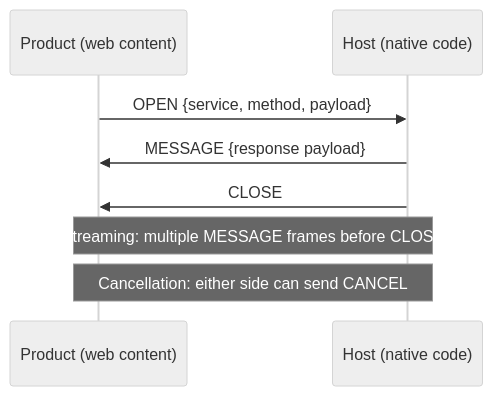
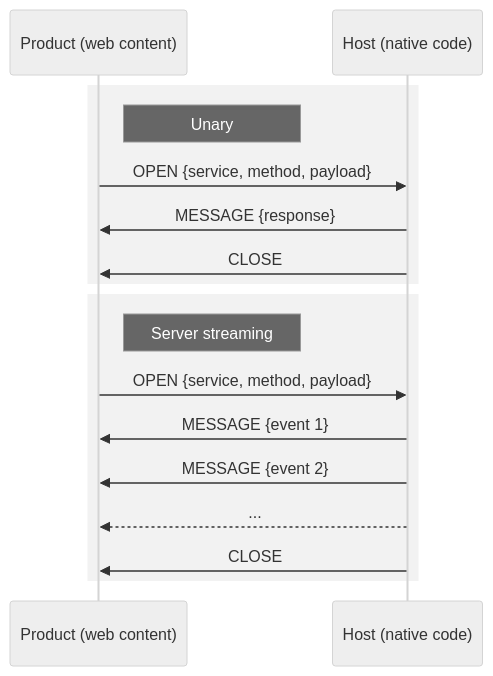
Before and after one commit to pgherveou/rpc-concept: the diagram in README.md, drawn with Mermaid (neutral theme).

````diff
--- a/README.md
+++ b/README.md
@@ -205,12 +205,21 @@
 ```mermaid
 sequenceDiagram
     participant P as Product (web content)
     participant H as Host (native code)
 
+    rect rgba(128,128,128,0.1)
+    Note right of P: Unary
     P->>H: OPEN {service, method, payload}
-    H->>P: MESSAGE {response payload}
+    H->>P: MESSAGE {response}
     H->>P: CLOSE
+    end
 
-    Note over P,H: Streaming: multiple MESSAGE frames before CLOSE
-    Note over P,H: Cancellation: either side can send CANCEL
+    rect rgba(128,128,128,0.1)
+    Note right of P: Server streaming
+    P->>H: OPEN {service, method, payload}
+    H->>P: MESSAGE {event 1}
+    H->>P: MESSAGE {event 2}
+    H-->>P: ...
+    H->>P: CLOSE
+    end
 ```
````
